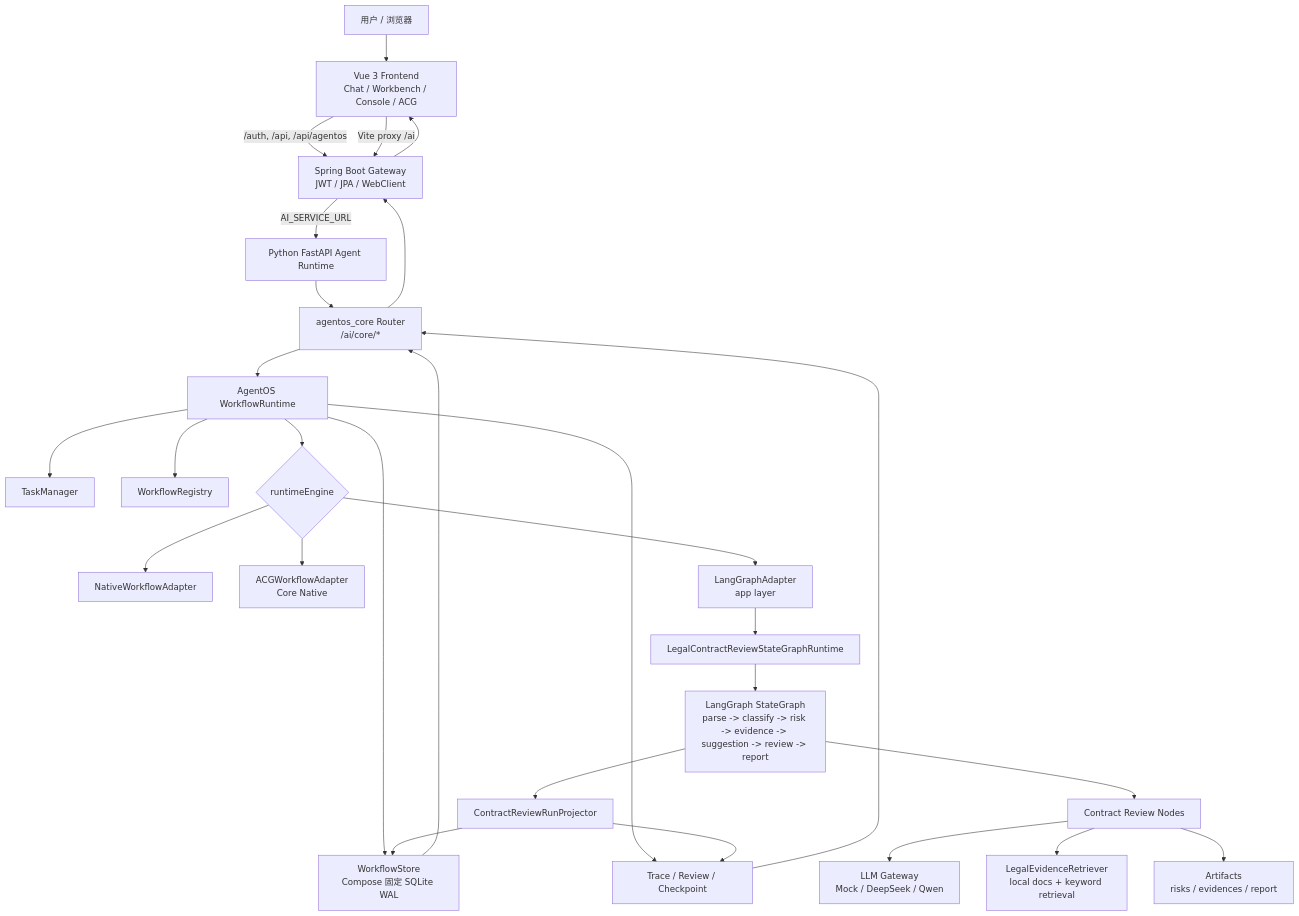
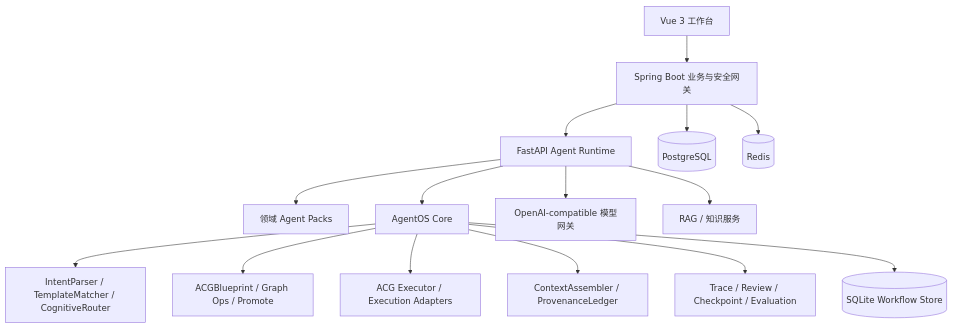
Before and after one commit to zongxi-Li/zhiyi-AgentOS: the diagram in README.md, drawn with Mermaid. The commit also changed other lines of this file and 22 other files, not shown here.

````diff
--- a/README.md
+++ b/README.md
@@ -117,37 +266,19 @@
 ```mermaid
-flowchart TD
-    U[用户 / 浏览器] --> F[Vue 3 Frontend<br/>Chat / Workbench / Console / ACG]
+flowchart TB
+    UI[Vue 3 工作台] --> Gateway[Spring Boot 业务与安全网关]
+    Gateway --> Runtime[FastAPI Agent Runtime]
+    Runtime --> Packs[领域 Agent Packs]
+    Runtime --> Core[AgentOS Core]
+    Runtime --> Model[OpenAI-compatible 模型网关]
+    Runtime --> RAG[RAG / 知识服务]
 
-    F -->|/auth, /api, /api/agentos| B[Spring Boot Gateway<br/>JWT / JPA / WebClient]
-    F -->|Vite proxy /ai| B
-    B -->|AI_SERVICE_URL| A[Python FastAPI Agent Runtime]
+    Core --> Plan[IntentParser / TemplateMatcher / CognitiveRouter]
+    Core --> ACG[ACGBlueprint / Graph Ops / Promote]
+    Core --> Exec[ACG Executor / Execution Adapters]
+    Core --> Comm[ContextAssembler / ProvenanceLedger]
+    Core --> Gov[Trace / Review / Checkpoint / Evaluation]
 
-    A --> API[agentos_core Router<br/>/ai/core/*]
-    API --> RT[AgentOS WorkflowRuntime]
-
-    RT --> TM[TaskManager]
-    RT --> WR[WorkflowRegistry]
-    RT --> WS[WorkflowStore<br/>Compose 固定 SQLite WAL]
-    RT --> GOV[Trace / Review / Checkpoint]
-
-    RT --> EA{runtimeEngine}
-    EA --> Native[NativeWorkflowAdapter]
-    EA --> ACG[ACGWorkflowAdapter<br/>Core Native]
-    EA --> LG[LangGraphAdapter<br/>app layer]
-
-    LG --> LCR[LegalContractReviewStateGraphRuntime]
-    LCR --> G[LangGraph StateGraph<br/>parse -> classify -> risk -> evidence -> suggestion -> review -> report]
-    G --> N[Contract Review Nodes]
-
-    N --> LLM[LLM Gateway<br/>Mock / DeepSeek / Qwen]
-    N --> RAG[LegalEvidenceRetriever<br/>local docs + keyword retrieval]
-    N --> ART[Artifacts<br/>risks / evidences / report]
-
-    G --> P[ContractReviewRunProjector]
-    P --> WS
-    P --> GOV
-    WS --> API
-    GOV --> API
-    API --> B
-    B --> F
+    Gateway --> PostgreSQL[(PostgreSQL)]
+    Gateway --> Redis[(Redis)]
+    Core --> Store[(SQLite Workflow Store)]
 ```
````
